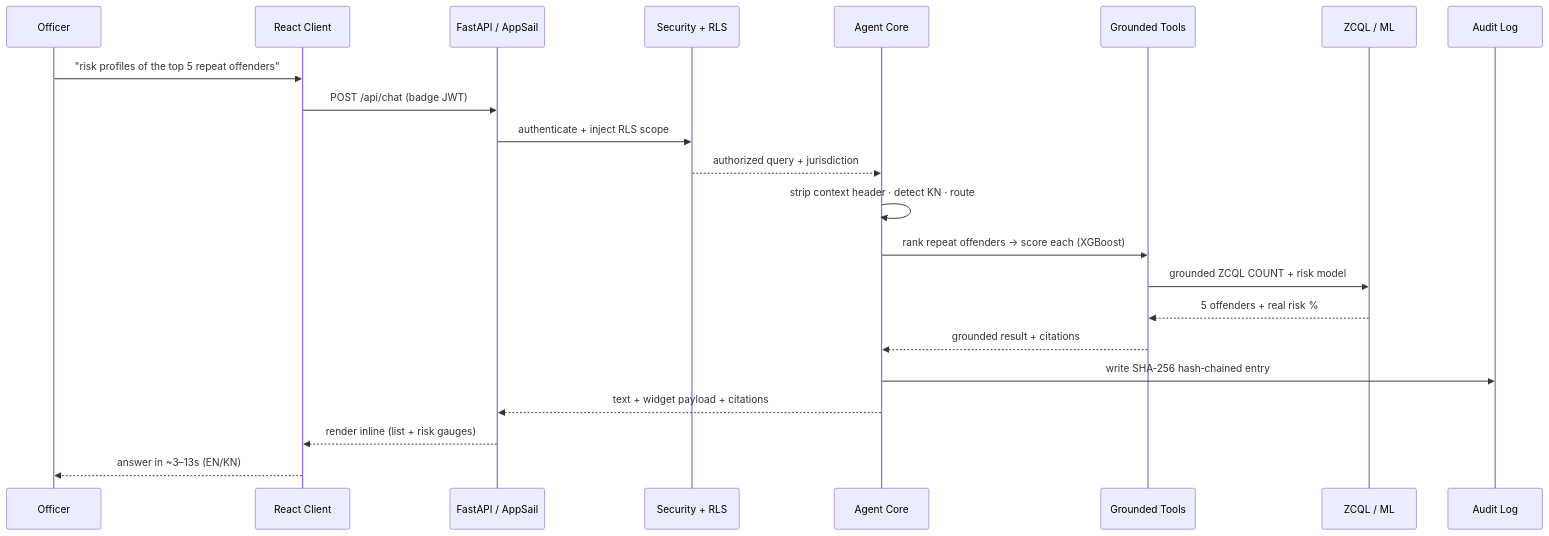
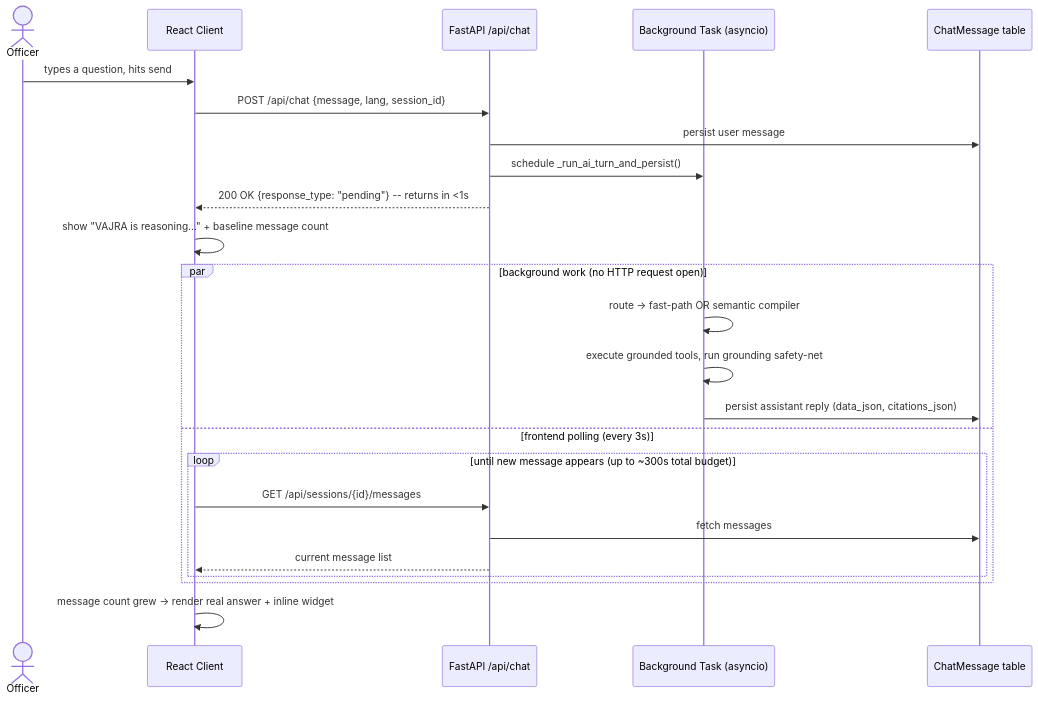
The sixth of 16 diagrams in README.md (BCSAKETH/VAJRA), drawn with Mermaid before and after one commit. The commit also changed other lines of this file and 28 other files, not shown here.

````diff
--- a/README.md
+++ b/README.md
@@ -122,25 +249,27 @@
 ```mermaid
 sequenceDiagram
-    participant O as Officer
+    actor Officer
     participant UI as React Client
-    participant API as FastAPI / AppSail
-    participant SEC as Security + RLS
-    participant AG as Agent Core
-    participant T as Grounded Tools
-    participant DB as ZCQL / ML
-    participant AU as Audit Log
+    participant API as FastAPI /api/chat
+    participant BG as Background Task (asyncio)
+    participant DB as ChatMessage table
 
-    O->>UI: "risk profiles of the top 5 repeat offenders"
-    UI->>API: POST /api/chat (badge JWT)
-    API->>SEC: authenticate + inject RLS scope
-    SEC-->>AG: authorized query + jurisdiction
-    AG->>AG: strip context header · detect KN · route
-    AG->>T: rank repeat offenders → score each (XGBoost)
-    T->>DB: grounded ZCQL COUNT + risk model
-    DB-->>T: 5 offenders + real risk %
-    T-->>AG: grounded result + citations
-    AG->>AU: write SHA‑256 hash‑chained entry
-    AG-->>API: text + widget payload + citations
-    API-->>UI: render inline (list + risk gauges)
-    UI-->>O: answer in ~3–13s (EN/KN)
+    Officer->>UI: types a question, hits send
+    UI->>API: POST /api/chat {message, lang, session_id}
+    API->>DB: persist user message
+    API->>BG: schedule _run_ai_turn_and_persist()
+    API-->>UI: 200 OK {response_type: "pending"} -- returns in <1s
+    UI->>UI: show "VAJRA is reasoning..." + baseline message count
+    par background work (no HTTP request open)
+        BG->>BG: route -> fast-path OR semantic compiler
+        BG->>BG: execute grounded tools, run grounding safety-net
+        BG->>DB: persist assistant reply (data_json, citations_json)
+    and frontend polling (every 3s)
+        loop until new message appears (up to ~300s total budget)
+            UI->>API: GET /api/sessions/{id}/messages
+            API->>DB: fetch messages
+            API-->>UI: current message list
+        end
+    end
+    UI->>UI: message count grew -> render real answer + inline widget
 ```
````
